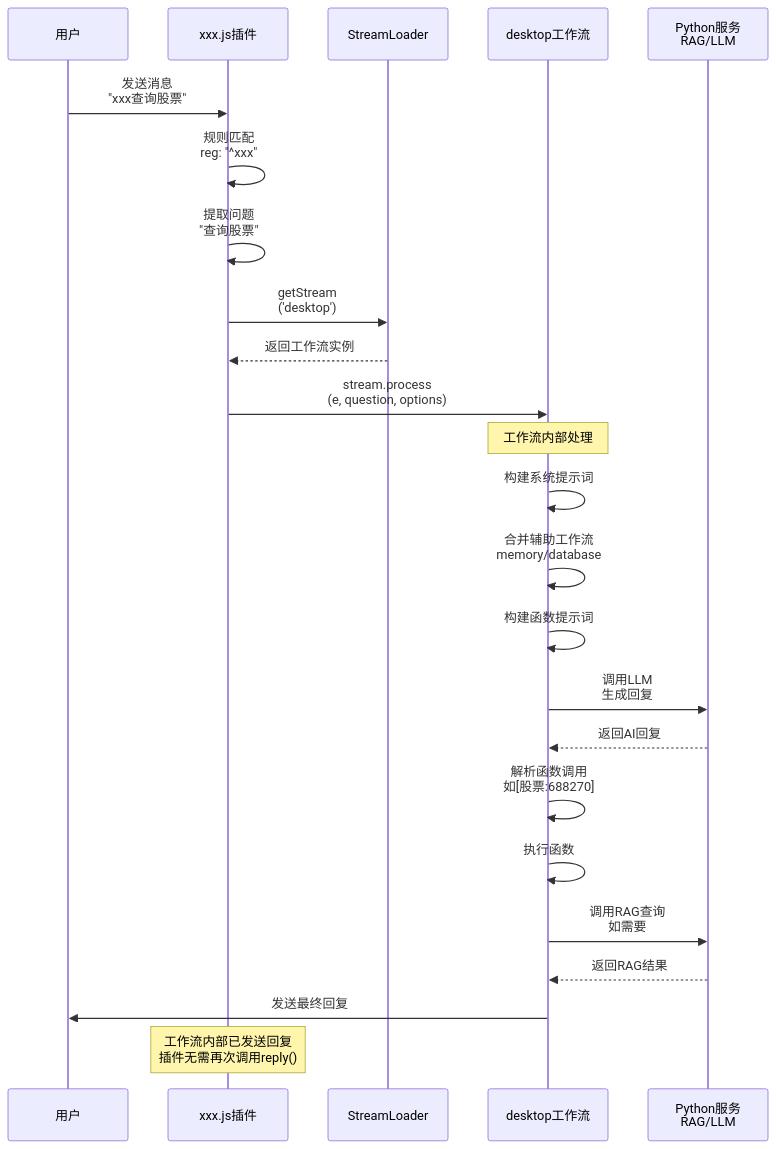
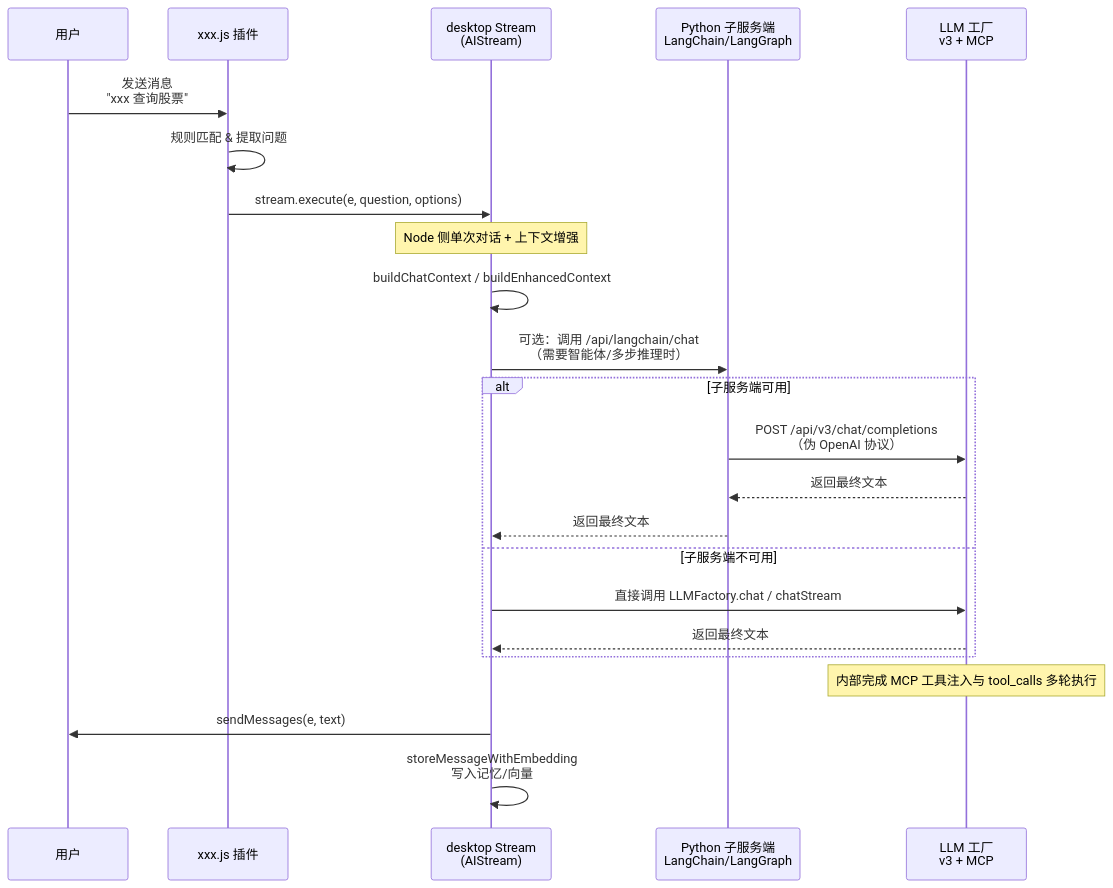
Before and after one commit to sunflowermm/XRK-AGT: the fourth of 8 diagrams in docs/future-architecture-2026.md, drawn with Mermaid. The commit also changed other lines of this file and 1 other file, not shown here.

````diff
--- a/docs/future-architecture-2026.md
+++ b/docs/future-architecture-2026.md
@@ -745,29 +726,27 @@
 ```mermaid
 sequenceDiagram
     participant User as 用户
-    participant Plugin as xxx.js插件
-    participant StreamLoader as StreamLoader
-    participant Workflow as desktop工作流
-    participant Python as Python服务<br/>RAG/LLM
+    participant Plugin as xxx.js 插件
+    participant Stream as desktop Stream<br/>(AIStream)
+    participant Py as Python 子服务端<br/>LangChain/LangGraph
+    participant LLM as LLM 工厂<br/>v3 + MCP
     
-    User->>Plugin: 发送消息<br/>"xxx查询股票"
-    Plugin->>Plugin: 规则匹配<br/>reg: "^xxx"
-    Plugin->>Plugin: 提取问题<br/>"查询股票"
-    Plugin->>StreamLoader: getStream<br/>('desktop')
-    StreamLoader-->>Plugin: 返回工作流实例
-    Plugin->>Workflow: stream.process<br/>(e, question, options)
+    User->>Plugin: 发送消息<br/>"xxx 查询股票"
+    Plugin->>Plugin: 规则匹配 & 提取问题
+    Plugin->>Stream: stream.execute(e, question, options)
     
-    Note over Workflow: 工作流内部处理
-    Workflow->>Workflow: 构建系统提示词
-    Workflow->>Workflow: 合并辅助工作流<br/>memory/database
-    Workflow->>Workflow: 构建函数提示词
-    Workflow->>Python: 调用LLM<br/>生成回复
-    Python-->>Workflow: 返回AI回复
-    Workflow->>Workflow: 解析函数调用<br/>如[股票:688270]
-    Workflow->>Workflow: 执行函数
-    Workflow->>Python: 调用RAG查询<br/>如需要
-    Python-->>Workflow: 返回RAG结果
-    Workflow->>User: 发送最终回复
-    
-    Note over Plugin: 工作流内部已发送回复<br/>插件无需再次调用reply()
+    Note over Stream: Node 侧单次对话 + 上下文增强
+    Stream->>Stream: buildChatContext / buildEnhancedContext
+    Stream->>Py: 可选：调用 /api/langchain/chat<br/>（需要智能体/多步推理时）
+    alt 子服务端可用
+        Py->>LLM: POST /api/v3/chat/completions<br/>（伪 OpenAI 协议）
+        LLM-->>Py: 返回最终文本
+        Py-->>Stream: 返回最终文本
+    else 子服务端不可用
+        Stream->>LLM: 直接调用 LLMFactory.chat / chatStream
+        LLM-->>Stream: 返回最终文本
+    end
+    Note over LLM: 内部完成 MCP 工具注入与 tool_calls 多轮执行
+    Stream->>User: sendMessages(e, text)
+    Stream->>Stream: storeMessageWithEmbedding<br/>写入记忆/向量
 ```
````
